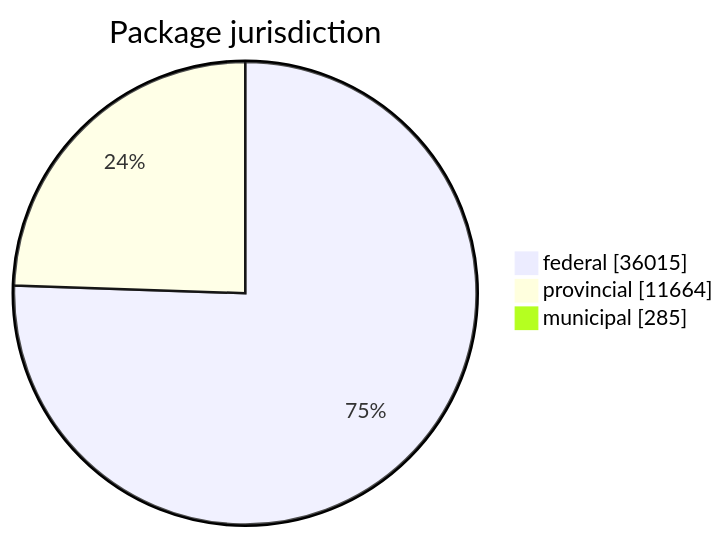
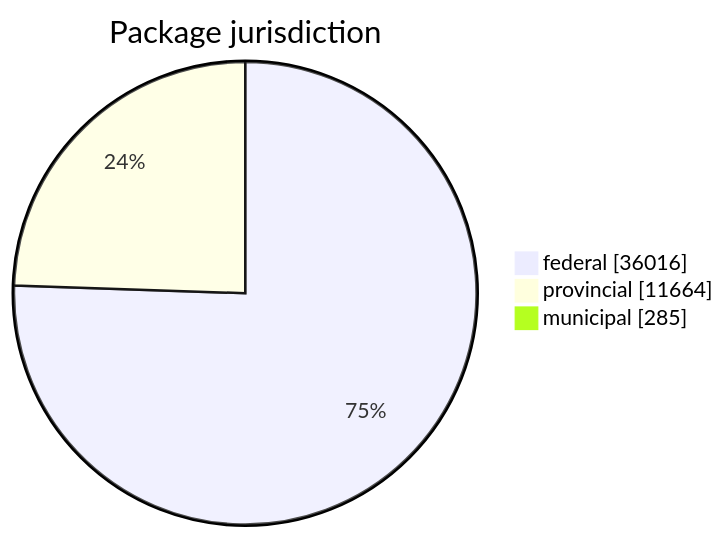
One commit to open-data/analytics-corporate-reporting changed the first of 5 diagrams in FreshCheck/README.md. Above: the diagram before and after it, drawn with Mermaid. The commit also changed other lines of this file and 3 other files, not shown here.

````diff
--- a/FreshCheck/README.md
+++ b/FreshCheck/README.md
@@ -60,6 +60,6 @@
 ```mermaid
 pie showData title Package jurisdiction
-    "federal": 36015
+    "federal": 36016
     "provincial": 11664
     "municipal": 285
 ```
````
